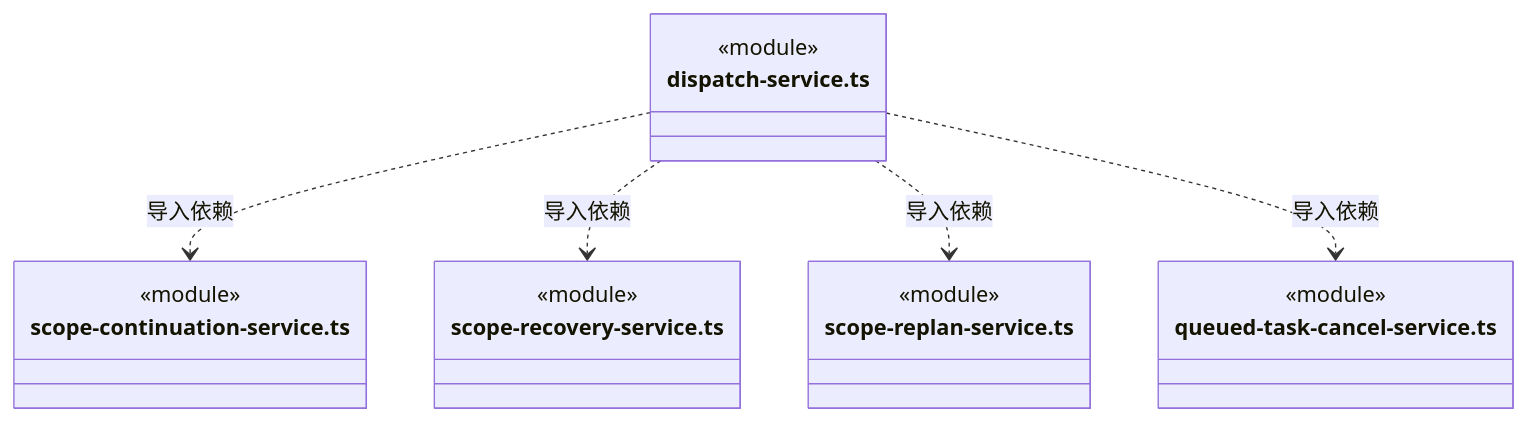
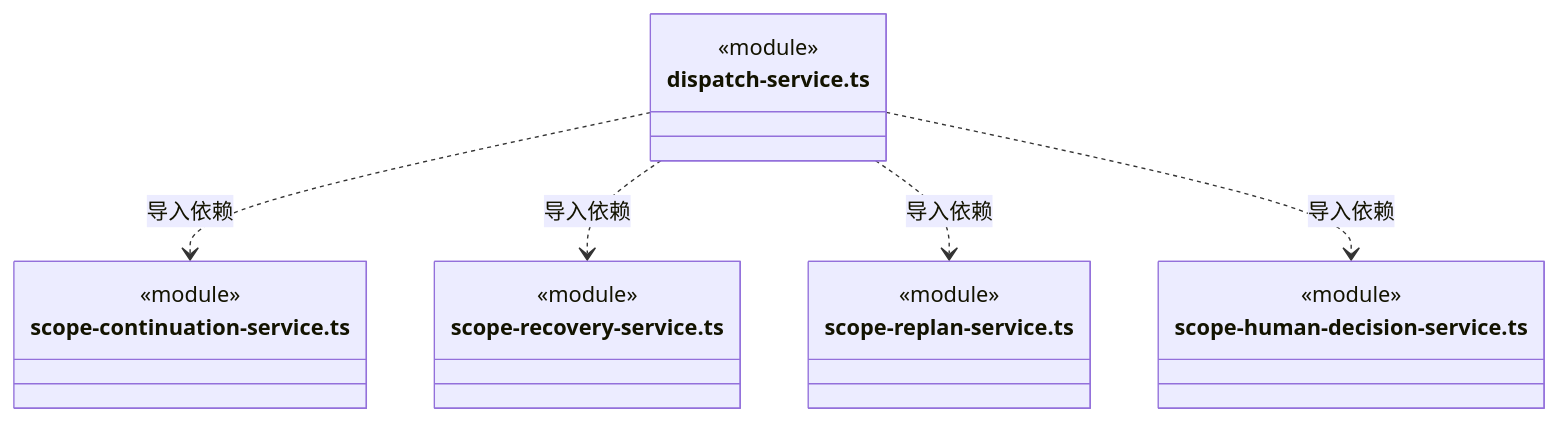
Diagram 46 of 59 in src/backend/scheduler-engine/execution/ARCHITECTURE.md (nan023062/cbim), drawn with Mermaid before and after one commit. The commit also changed other lines of this file and 52 other files, not shown here.

````diff
--- a/src/backend/scheduler-engine/execution/ARCHITECTURE.md
+++ b/src/backend/scheduler-engine/execution/ARCHITECTURE.md
@@ -1179,22 +1241,22 @@
 ```mermaid
 classDiagram
 class N_src_backend_scheduler_engine_execution_dispatch_service_ts["dispatch-service.ts"] {
   <<module>>
 }
 class N_src_backend_scheduler_engine_execution_scope_continuation_service_ts["scope-continuation-service.ts"] {
   <<module>>
 }
 class N_src_backend_scheduler_engine_execution_scope_recovery_service_ts["scope-recovery-service.ts"] {
   <<module>>
 }
 class N_src_backend_scheduler_engine_execution_scope_replan_service_ts["scope-replan-service.ts"] {
   <<module>>
 }
-class N_src_backend_scheduler_engine_execution_queued_task_cancel_service_ts["queued-task-cancel-service.ts"] {
+class N_src_backend_scheduler_engine_execution_scope_human_decision_service_ts["scope-human-decision-service.ts"] {
   <<module>>
 }
 N_src_backend_scheduler_engine_execution_dispatch_service_ts ..> N_src_backend_scheduler_engine_execution_scope_continuation_service_ts : 导入依赖
 N_src_backend_scheduler_engine_execution_dispatch_service_ts ..> N_src_backend_scheduler_engine_execution_scope_recovery_service_ts : 导入依赖
 N_src_backend_scheduler_engine_execution_dispatch_service_ts ..> N_src_backend_scheduler_engine_execution_scope_replan_service_ts : 导入依赖
-N_src_backend_scheduler_engine_execution_dispatch_service_ts ..> N_src_backend_scheduler_engine_execution_queued_task_cancel_service_ts : 导入依赖
+N_src_backend_scheduler_engine_execution_dispatch_service_ts ..> N_src_backend_scheduler_engine_execution_scope_human_decision_service_ts : 导入依赖
 ```
````
